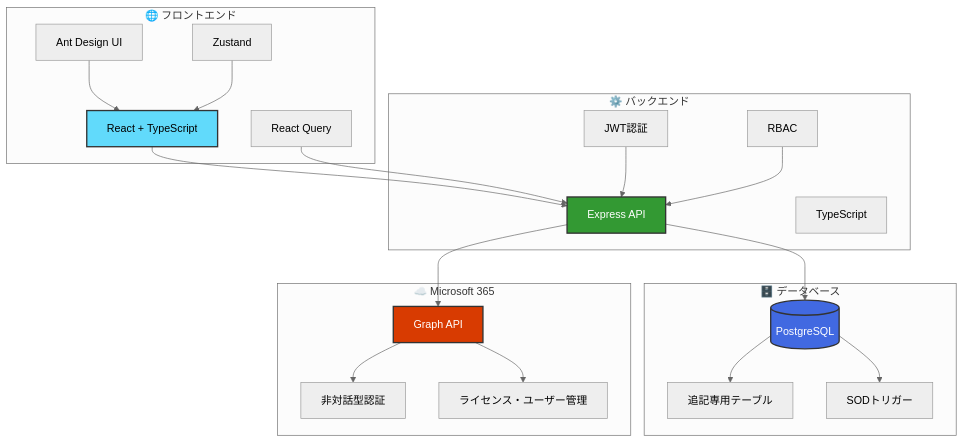
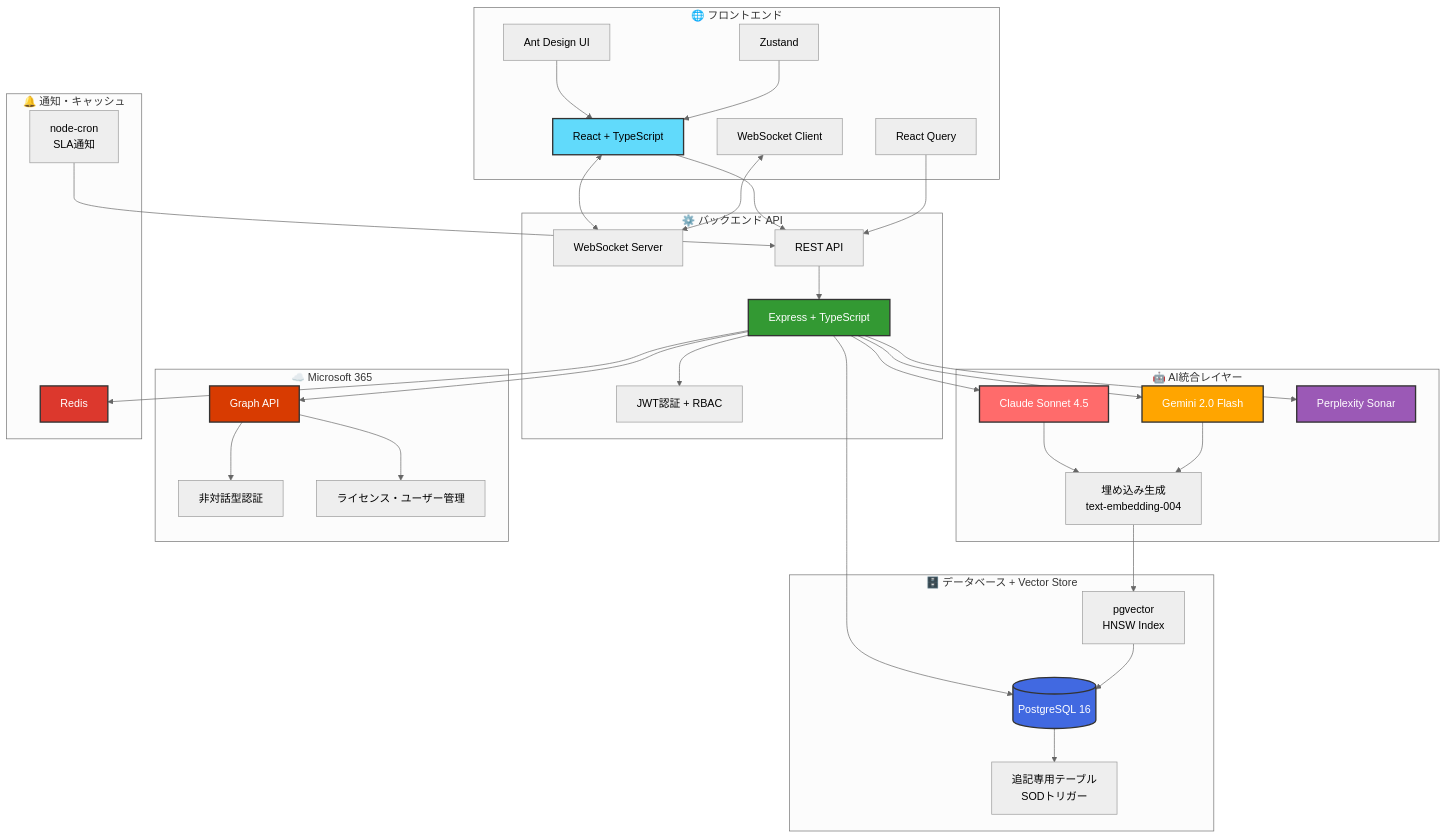
The first of 4 diagrams in README.md (Kensan196948G/Mirai-HelpDesk-Management-System), drawn with Mermaid (neutral theme) before and after one commit. The commit also changed other lines of this file and 13 other files, not shown here.

````diff
--- a/README.md
+++ b/README.md
@@ -165,46 +167,77 @@
 ```mermaid
 graph TB
     subgraph "🌐 フロントエンド"
         A[React + TypeScript]
         B[Ant Design UI]
         C[React Query]
         D[Zustand]
+        E[WebSocket Client]
     end
 
-    subgraph "⚙️ バックエンド"
-        E[Express API]
-        F[TypeScript]
-        G[JWT認証]
-        H[RBAC]
+    subgraph "⚙️ バックエンド API"
+        F[Express + TypeScript]
+        G[JWT認証 + RBAC]
+        H[WebSocket Server]
+        I[REST API]
     end
 
-    subgraph "🗄️ データベース"
-        I[(PostgreSQL)]
-        J[追記専用テーブル]
-        K[SODトリガー]
+    subgraph "🤖 AI統合レイヤー"
+        J[Claude Sonnet 4.5]
+        K[Gemini 2.0 Flash]
+        L[Perplexity Sonar]
+        M[埋め込み生成<br/>text-embedding-004]
+    end
+
+    subgraph "🗄️ データベース + Vector Store"
+        N[(PostgreSQL 16)]
+        O[pgvector<br/>HNSW Index]
+        P[追記専用テーブル<br/>SODトリガー]
     end
 
     subgraph "☁️ Microsoft 365"
-        L[Graph API]
-        M[非対話型認証]
-        N[ライセンス・ユーザー管理]
+        Q[Graph API]
+        R[非対話型認証]
+        S[ライセンス・ユーザー管理]
     end
 
-    A --> E
+    subgraph "🔔 通知・キャッシュ"
+        T[Redis]
+        U[node-cron<br/>SLA通知]
+    end
+
+    A --> I
+    A <--> H
     B --> A
-    C --> E
+    C --> I
     D --> A
-    E --> I
-    E --> L
-    G --> E
-    H --> E
-    I --> J
-    I --> K
-    L --> M
-    L --> N
+    E <--> H
+
+    I --> F
+    F --> G
+    F --> J
+    F --> K
+    F --> L
+    F --> N
+    F --> Q
+    F --> T
+
+    J --> M
+    K --> M
+    M --> O
+    O --> N
+    N --> P
+
+    Q --> R
+    Q --> S
+
+    U --> I
 
     style A fill:#61DAFB,stroke:#333,stroke-width:2px,color:#000
-    style E fill:#339933,stroke:#333,stroke-width:2px,color:#fff
-    style I fill:#4169E1,stroke:#333,stroke-width:2px,color:#fff
-    style L fill:#D83B01,stroke:#333,stroke-width:2px,color:#fff
+    style F fill:#339933,stroke:#333,stroke-width:2px,color:#fff
+    style J fill:#FF6B6B,stroke:#333,stroke-width:2px,color:#fff
+    style K fill:#FFA500,stroke:#333,stroke-width:2px,color:#fff
+    style L fill:#9B59B6,stroke:#333,stroke-width:2px,color:#fff
+    style N fill:#4169E1,stroke:#333,stroke-width:2px,color:#fff
+    style Q fill:#D83B01,stroke:#333,stroke-width:2px,color:#fff
+    style T fill:#DC382D,stroke:#333,stroke-width:2px,color:#fff
 ```
````
